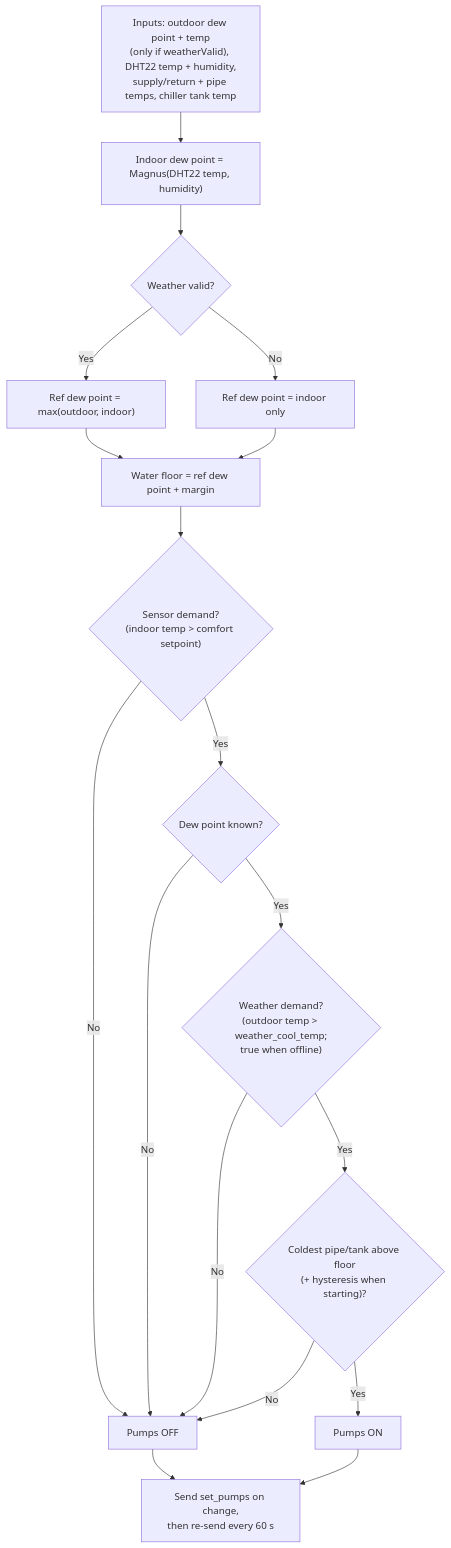
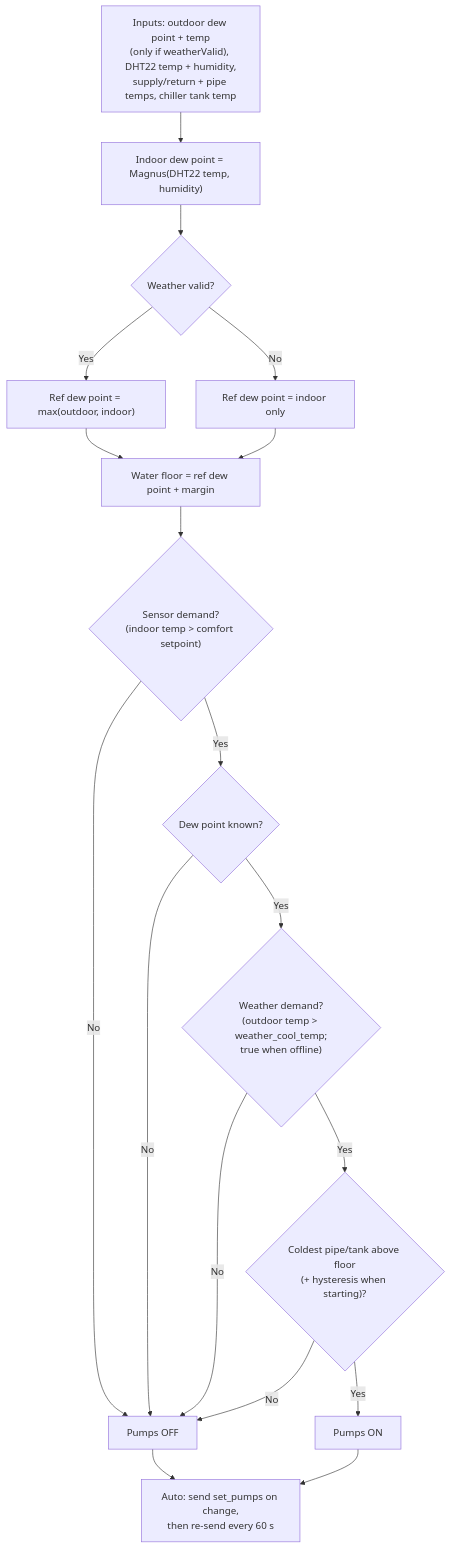
The third of 5 diagrams in docs/diagrams/flow-chart.md (qppd/radiant-cooling), drawn with Mermaid before and after one commit. The commit also changed other lines of this file and 4 other files, not shown here.

````diff
--- a/docs/diagrams/flow-chart.md
+++ b/docs/diagrams/flow-chart.md
@@ -57,21 +60,21 @@
 ```mermaid
 flowchart TD
     A["Inputs: outdoor dew point + temp<br/>(only if weatherValid), DHT22 temp + humidity,<br/>supply/return + pipe temps, chiller tank temp"]
     A --> B["Indoor dew point = Magnus(DHT22 temp, humidity)"]
     B --> C{"Weather valid?"}
     C -->|Yes| D["Ref dew point = max(outdoor, indoor)"]
     C -->|No| E["Ref dew point = indoor only"]
     D --> F["Water floor = ref dew point + margin"]
     E --> F
     F --> G{"Sensor demand?<br/>(indoor temp &gt; comfort setpoint)"}
     G -->|No| OFF["Pumps OFF"]
     G -->|Yes| H{"Dew point known?"}
     H -->|No| OFF
     H -->|Yes| I{"Weather demand?<br/>(outdoor temp &gt; weather_cool_temp;<br/>true when offline)"}
     I -->|No| OFF
     I -->|Yes| J{"Coldest pipe/tank above floor<br/>(+ hysteresis when starting)?"}
     J -->|No| OFF
     J -->|Yes| ON["Pumps ON"]
-    ON --> K["Send set_pumps on change,<br/>then re-send every 60 s"]
+    ON --> K["Auto: send set_pumps on change,<br/>then re-send every 60 s"]
     OFF --> K
 ```
````
